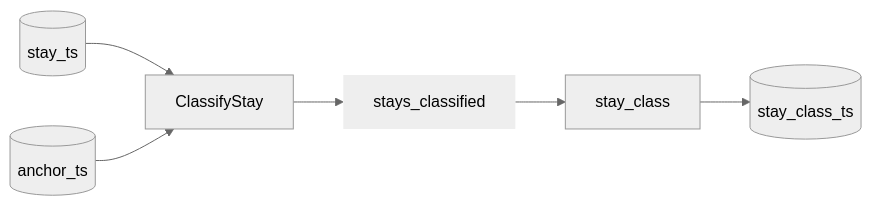
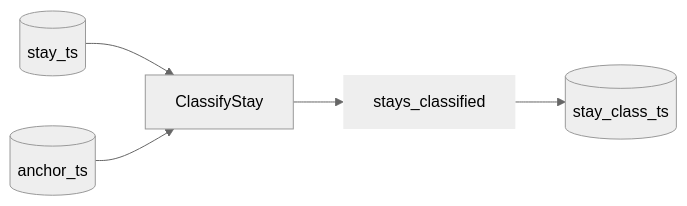
The fourth of 15 diagrams in README.md (djvanderlaan/pipeline), drawn with Mermaid (neutral theme) before and after one commit.

Commit message:
Classify Stays

````diff
--- a/README.md
+++ b/README.md
@@ -88,8 +88,8 @@
 ```mermaid
 flowchart LR
-  stay_ts[(stay_ts)] --> ClassifyStay --> stays_classified:::data --> stay_class --> stay_class_ts[(stay_class_ts)]
+  stay_ts[(stay_ts)] --> ClassifyStay --> stays_classified:::data --> stay_class_ts[(stay_class_ts)]
 
   anchor_ts[(anchor_ts)] --> ClassifyStay
 
 classDef data stroke-width:0px
 ```
````
